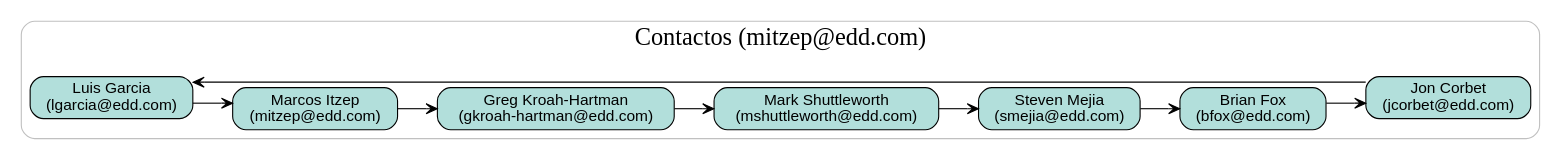
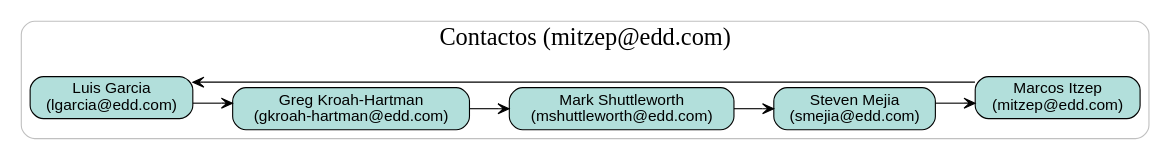
The diagram in Fase2/mitzep-Reportes/contactos.dot (YurySantosGit/-EDD-2S2025_202113318), drawn with Graphviz before and after one commit. The commit also changed 235 other files, not shown here.

```diff
--- a/Fase2/mitzep-Reportes/contactos.dot
+++ b/Fase2/mitzep-Reportes/contactos.dot
@@ -1,22 +1,18 @@
 digraph Contactos {
   graph [splines=ortho, bgcolor="white"];
   rankdir=LR;
   node [shape=box, style="rounded,filled", fillcolor="#B2DFDB", fontname="Helvetica"];
   edge [arrowhead=vee];
   subgraph cluster_circular { label="Contactos (mitzep@edd.com)"; labelloc=top; fontsize=22; style="rounded"; color="#C0C0C0";
     k0 [label="Luis Garcia\n(lgarcia@edd.com)"];
-    k1 [label="Marcos Itzep\n(mitzep@edd.com)"];
+    k1 [label="Greg Kroah-Hartman\n(gkroah-hartman@edd.com)"];
     k0 -> k1;
-    k2 [label="Greg Kroah-Hartman\n(gkroah-hartman@edd.com)"];
+    k2 [label="Mark Shuttleworth\n(mshuttleworth@edd.com)"];
     k1 -> k2;
-    k3 [label="Mark Shuttleworth\n(mshuttleworth@edd.com)"];
+    k3 [label="Steven Mejia\n(smejia@edd.com)"];
     k2 -> k3;
-    k4 [label="Steven Mejia\n(smejia@edd.com)"];
+    k4 [label="Marcos Itzep\n(mitzep@edd.com)"];
     k3 -> k4;
-    k5 [label="Brian Fox\n(bfox@edd.com)"];
-    k4 -> k5;
-    k6 [label="Jon Corbet\n(jcorbet@edd.com)"];
-    k5 -> k6;
-    k6 -> k0;
+    k4 -> k0;
   }
 }
```
